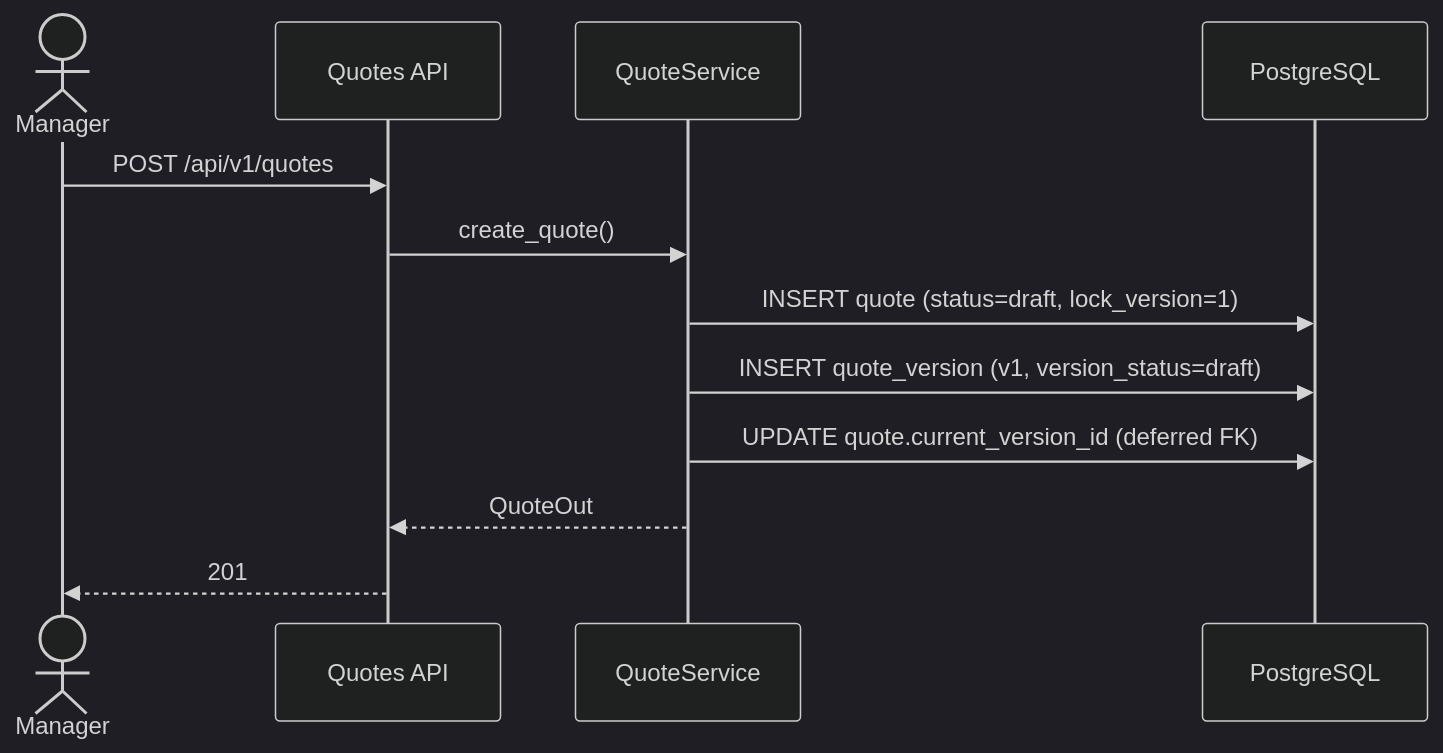
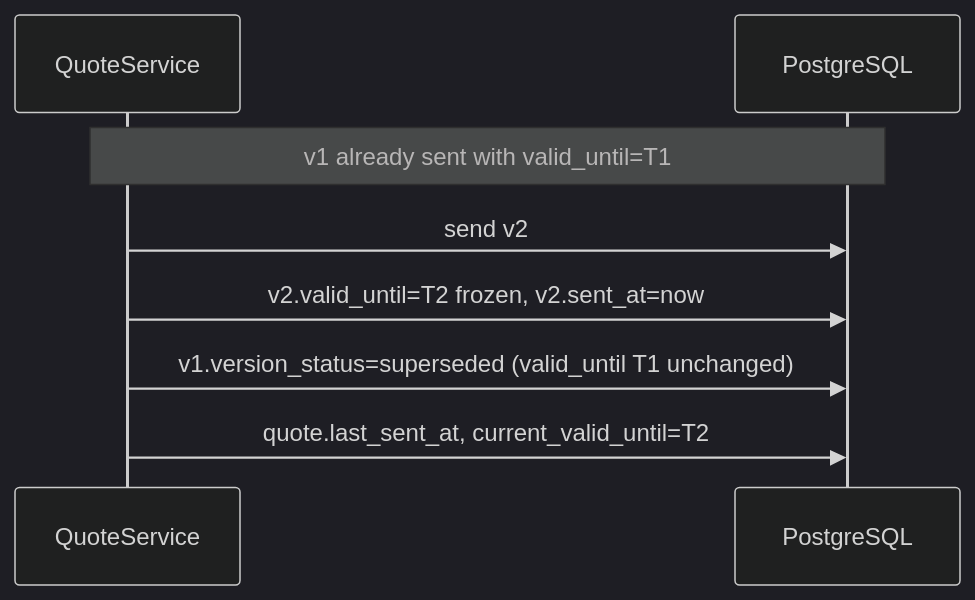
One commit to igortatarynovich/HostFlow changed the first of 2 diagrams in docs/specs/workflows/stage-1b-quote-lifecycle-sequences.md. Above: the diagram before and after it, drawn with Mermaid (dark theme). The commit also changed other lines of this file and 4 other files, not shown here.

First line of the commit message:
docs(stage-1b): revision 3 — latest-sent accept, version valid_until, timestamps.

````diff
--- a/docs/specs/workflows/stage-1b-quote-lifecycle-sequences.md
+++ b/docs/specs/workflows/stage-1b-quote-lifecycle-sequences.md
@@ -10,15 +9,12 @@
 ```mermaid
 sequenceDiagram
-    actor M as Manager
-    participant API as Quotes API
     participant SVC as QuoteService
     participant DB as PostgreSQL
 
-    M->>API: POST /api/v1/quotes
-    API->>SVC: create_quote()
-    SVC->>DB: INSERT quote (status=draft, lock_version=1)
-    SVC->>DB: INSERT quote_version (v1, version_status=draft)
-    SVC->>DB: UPDATE quote.current_version_id (deferred FK)
-    SVC-->>API: QuoteOut
-    API-->>M: 201
+    Note over SVC,DB: v1 already sent with valid_until=T1
+
+    SVC->>DB: send v2
+    SVC->>DB: v2.valid_until=T2 frozen, v2.sent_at=now
+    SVC->>DB: v1.version_status=superseded (valid_until T1 unchanged)
+    SVC->>DB: quote.last_sent_at, current_valid_until=T2
 ```
````
